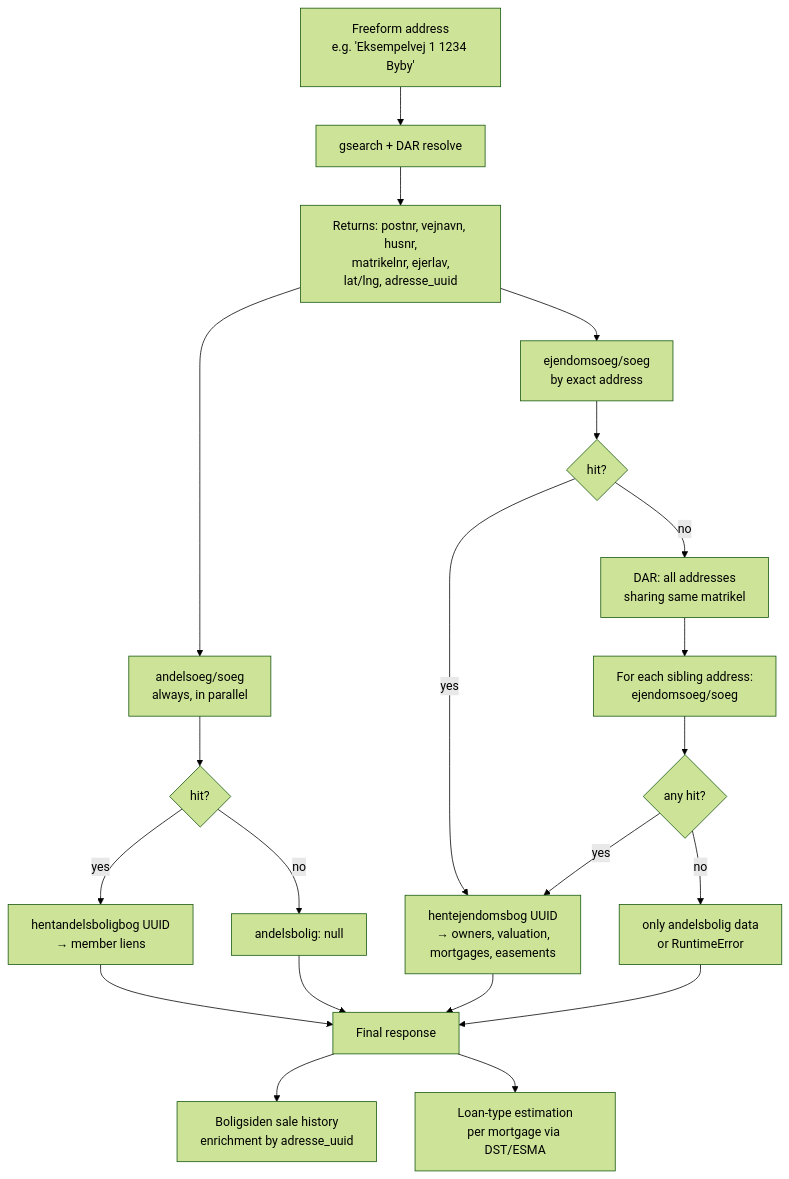
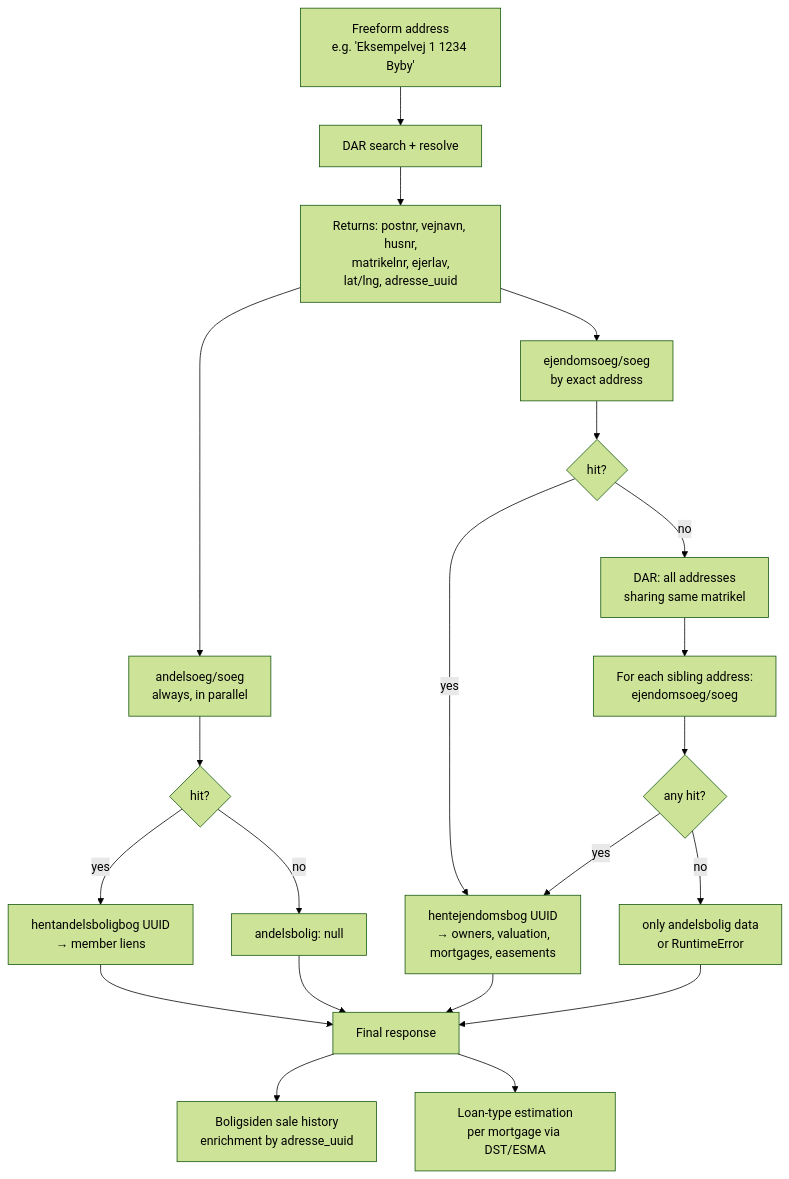
The first of 4 diagrams in README.md (Doessing/nosynabo), drawn with Mermaid (forest theme) before and after one commit. The commit also changed other lines of this file and 2 other files, not shown here.

First line of the commit message:
fix: search box via DAR GraphQL - Dataforsyningen gsearch shut down 2026-11-26 (#31)

````diff
--- a/README.md
+++ b/README.md
@@ -175,29 +175,29 @@
 ```mermaid
 flowchart TD
     A["Freeform address<br/>e.g. 'Eksempelvej 1 1234 Byby'"]
-    A --> B[gsearch + DAR resolve]
+    A --> B[DAR search + resolve]
     B --> C["Returns: postnr, vejnavn, husnr,<br/>matrikelnr, ejerlav,<br/>lat/lng, adresse_uuid"]
 
     C --> D[andelsoeg/soeg<br/>always, in parallel]
     C --> E[ejendomsoeg/soeg<br/>by exact address]
 
     D --> D1{hit?}
     D1 -- yes --> D2[hentandelsboligbog UUID<br/>&rarr; member liens]
     D1 -- no --> D3[andelsbolig: null]
 
     E --> E1{hit?}
     E1 -- yes --> E2[hentejendomsbog UUID<br/>&rarr; owners, valuation,<br/>mortgages, easements]
     E1 -- no --> F[DAR: all addresses<br/>sharing same matrikel]
     F --> G[For each sibling address:<br/>ejendomsoeg/soeg]
     G --> G1{any hit?}
     G1 -- yes --> E2
     G1 -- no --> H[only andelsbolig data<br/>or RuntimeError]
 
     E2 --> J[Final response]
     D2 --> J
     D3 --> J
     H --> J
 
     J --> K[Boligsiden sale history<br/>enrichment by adresse_uuid]
     J --> L[Loan-type estimation<br/>per mortgage via DST/ESMA]
 ```
````
